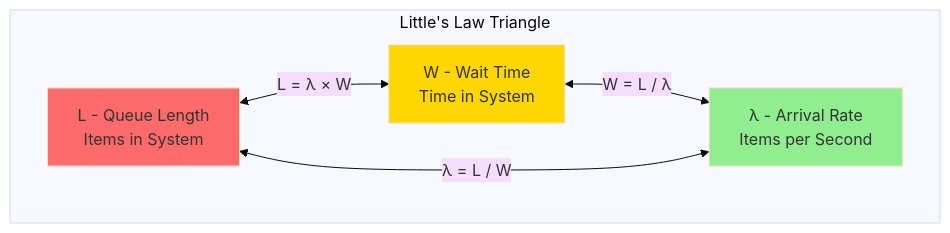
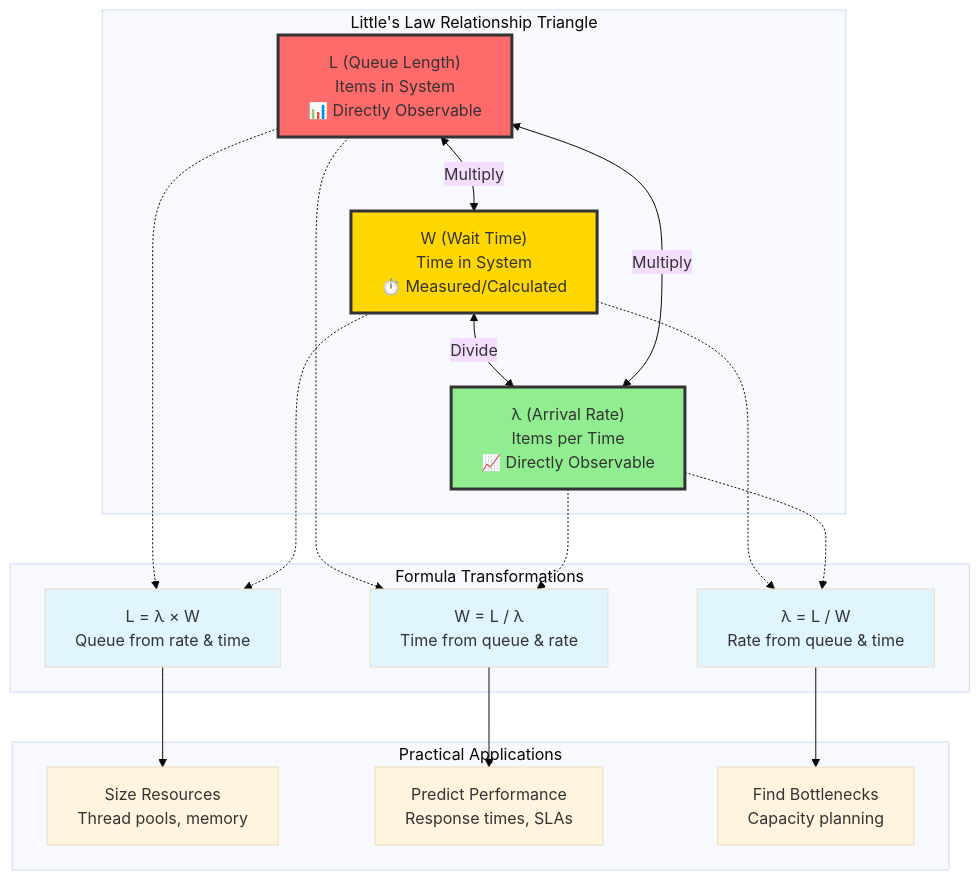
Before and after one commit to deepaucksharma/DStudio: diagram 21 of 25 in docs/architects-handbook/quantitative-analysis/littles-law.md, drawn with Mermaid (base theme). The commit also changed other lines of this file and 258 other files, not shown here.

````diff
--- a/docs/architects-handbook/quantitative-analysis/littles-law.md
+++ b/docs/architects-handbook/quantitative-analysis/littles-law.md
@@ -793,16 +1580,42 @@
 ```mermaid
-graph TB
- subgraph "Little's Law Triangle"
- L[L - Queue Length<br/>Items in System]
- W[W - Wait Time<br/>Time in System]
- Lambda[λ - Arrival Rate<br/>Items per Second]
- end
- 
- L <-->|"L = λ × W"| W
- W <-->|"W = L / λ"| Lambda
- Lambda <-->|"λ = L / W"| L
- 
- style L fill:#ff6b6b
- style W fill:#ffd700
- style Lambda fill:#90ee90
+flowchart TB
+    subgraph "Little's Law Relationship Triangle"
+        L["L (Queue Length)<br/>Items in System<br/>📊 Directly Observable"]
+        W["W (Wait Time)<br/>Time in System<br/>⏱️ Measured/Calculated"]
+        Lambda["λ (Arrival Rate)<br/>Items per Time<br/>📈 Directly Observable"]
+    end
+    
+    subgraph "Formula Transformations"
+        F1["L = λ × W<br/>Queue from rate & time"]
+        F2["W = L / λ<br/>Time from queue & rate"]
+        F3["λ = L / W<br/>Rate from queue & time"]
+    end
+    
+    subgraph "Practical Applications"
+        A1["Size Resources<br/>Thread pools, memory"]
+        A2["Predict Performance<br/>Response times, SLAs"]
+        A3["Find Bottlenecks<br/>Capacity planning"]
+    end
+    
+    L <-->|"Multiply"| W
+    W <-->|"Divide"| Lambda  
+    Lambda <-->|"Multiply"| L
+    
+    F1 --> A1
+    F2 --> A2
+    F3 --> A3
+    
+    L -.-> F1
+    L -.-> F2
+    W -.-> F1
+    W -.-> F3
+    Lambda -.-> F2
+    Lambda -.-> F3
+    
+    style L fill:#ff6b6b,stroke:#333,stroke-width:3px
+    style W fill:#ffd700,stroke:#333,stroke-width:3px
+    style Lambda fill:#90ee90,stroke:#333,stroke-width:3px
+    style F1 fill:#E1F5FE
+    style F2 fill:#E1F5FE
+    style F3 fill:#E1F5FE
 ```
````
